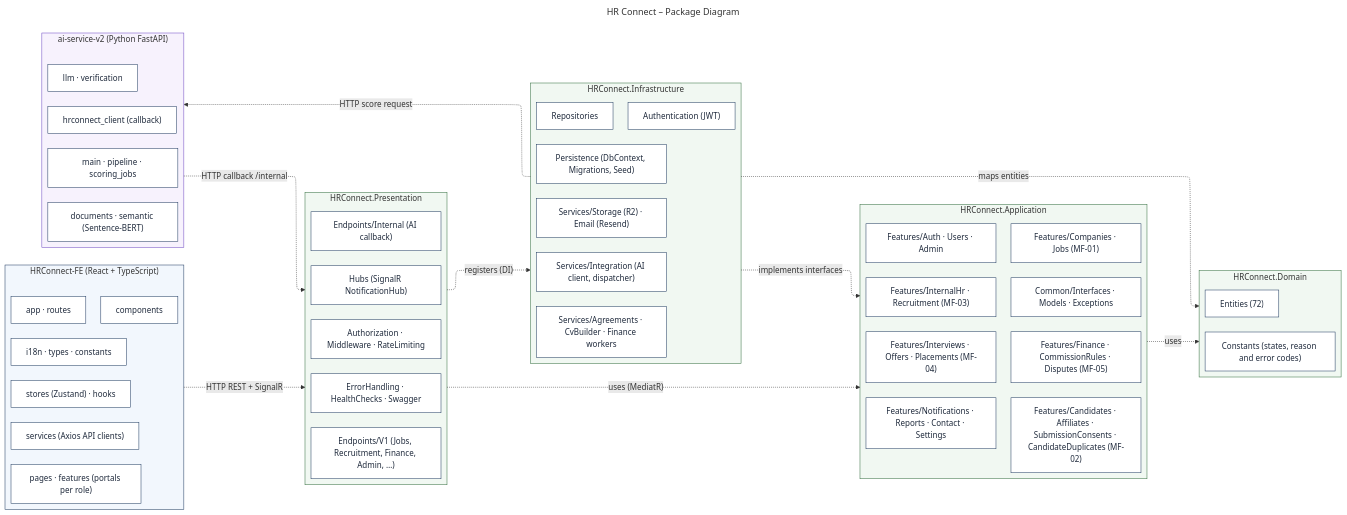
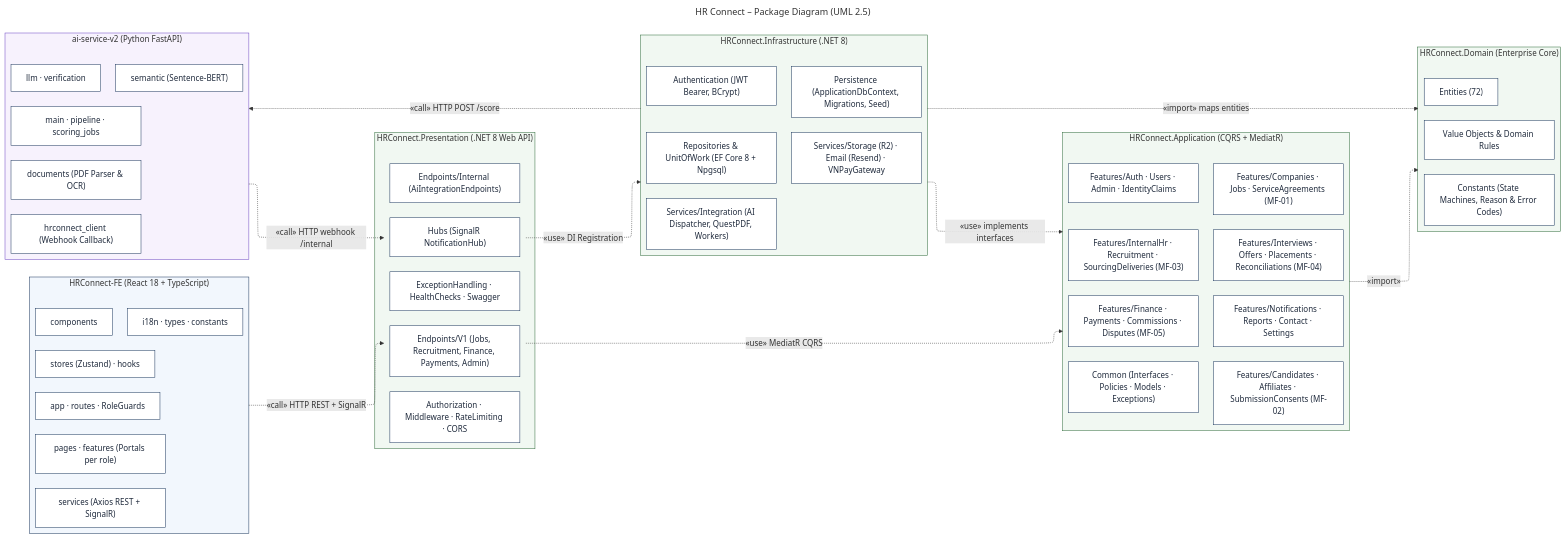
The diagram in docs/diagrams/architecture/source/pkg-hr-connect.mmd (hoangqui794/hr-connect), drawn with Mermaid before and after one commit. The commit also changed 2 other files, not shown here.

Commit message:
docs(arch): align package diagram with UML 2.5 stereotypes and packages

```diff
--- a/docs/diagrams/architecture/source/pkg-hr-connect.mmd
+++ b/docs/diagrams/architecture/source/pkg-hr-connect.mmd
@@ -1,70 +1,71 @@
 ---
-title: HR Connect – Package Diagram
+title: HR Connect – Package Diagram (UML 2.5)
 config:
   layout: elk
 ---
 flowchart LR
-  subgraph FE["HRConnect-FE (React + TypeScript)"]
+  subgraph FE["HRConnect-FE (React 18 + TypeScript)"]
     direction TB
-    FE0["app · routes"]
-    FE1["pages · features (portals per role)"]
+    FE0["app · routes · RoleGuards"]
+    FE1["pages · features (Portals per role)"]
     FE2["components"]
-    FE3["services (Axios API clients)"]
+    FE3["services (Axios REST + SignalR)"]
     FE4["stores (Zustand) · hooks"]
     FE5["i18n · types · constants"]
   end
-  subgraph PRES["HRConnect.Presentation"]
+  subgraph PRES["HRConnect.Presentation (.NET 8 Web API)"]
     direction TB
-    PRES0["Endpoints/V1 (Jobs, Recruitment, Finance, Admin, …)"]
-    PRES1["Endpoints/Internal (AI callback)"]
+    PRES0["Endpoints/V1 (Jobs, Recruitment, Finance, Payments, Admin)"]
+    PRES1["Endpoints/Internal (AiIntegrationEndpoints)"]
     PRES2["Hubs (SignalR NotificationHub)"]
-    PRES3["Authorization · Middleware · RateLimiting"]
-    PRES4["ErrorHandling · HealthChecks · Swagger"]
+    PRES3["Authorization · Middleware · RateLimiting · CORS"]
+    PRES4["ExceptionHandling · HealthChecks · Swagger"]
   end
-  subgraph APP["HRConnect.Application"]
+  subgraph APP["HRConnect.Application (CQRS + MediatR)"]
     direction TB
-    APP0["Features/Auth · Users · Admin"]
-    APP1["Features/Companies · Jobs (MF-01)"]
-    APP2["Features/Candidates · Affiliates · SubmissionConsents · CandidateDuplicates (MF-02)"]
-    APP3["Features/InternalHr · Recruitment (MF-03)"]
-    APP4["Features/Interviews · Offers · Placements (MF-04)"]
-    APP5["Features/Finance · CommissionRules · Disputes (MF-05)"]
+    APP0["Features/Auth · Users · Admin · IdentityClaims"]
+    APP1["Features/Companies · Jobs · ServiceAgreements (MF-01)"]
+    APP2["Features/Candidates · Affiliates · SubmissionConsents (MF-02)"]
+    APP3["Features/InternalHr · Recruitment · SourcingDeliveries (MF-03)"]
+    APP4["Features/Interviews · Offers · Placements · Reconciliations (MF-04)"]
+    APP5["Features/Finance · Payments · Commissions · Disputes (MF-05)"]
     APP6["Features/Notifications · Reports · Contact · Settings"]
-    APP7["Common/Interfaces · Models · Exceptions"]
+    APP7["Common (Interfaces · Policies · Models · Exceptions)"]
   end
-  subgraph DOM["HRConnect.Domain"]
+  subgraph DOM["HRConnect.Domain (Enterprise Core)"]
     direction TB
     DOM0["Entities (72)"]
-    DOM1["Constants (states, reason and error codes)"]
+    DOM1["Constants (State Machines, Reason & Error Codes)"]
+    DOM2["Value Objects & Domain Rules"]
   end
-  subgraph INF["HRConnect.Infrastructure"]
+  subgraph INF["HRConnect.Infrastructure (.NET 8)"]
     direction TB
-    INF0["Persistence (DbContext, Migrations, Seed)"]
-    INF1["Repositories"]
-    INF2["Authentication (JWT)"]
-    INF3["Services/Storage (R2) · Email (Resend)"]
-    INF4["Services/Integration (AI client, dispatcher)"]
-    INF5["Services/Agreements · CvBuilder · Finance workers"]
+    INF0["Persistence (ApplicationDbContext, Migrations, Seed)"]
+    INF1["Repositories & UnitOfWork (EF Core 8 + Npgsql)"]
+    INF2["Authentication (JWT Bearer, BCrypt)"]
+    INF3["Services/Storage (R2) · Email (Resend) · VNPayGateway"]
+    INF4["Services/Integration (AI Dispatcher, QuestPDF, Workers)"]
   end
   subgraph AI["ai-service-v2 (Python FastAPI)"]
     direction TB
     AI0["main · pipeline · scoring_jobs"]
-    AI1["documents · semantic (Sentence-BERT)"]
-    AI2["llm · verification"]
-    AI3["hrconnect_client (callback)"]
+    AI1["documents (PDF Parser & OCR)"]
+    AI2["semantic (Sentence-BERT)"]
+    AI3["llm · verification"]
+    AI4["hrconnect_client (Webhook Callback)"]
   end
-  FE -.->|"HTTP REST + SignalR"| PRES
-  PRES -.->|"uses (MediatR)"| APP
-  PRES -.->|"registers (DI)"| INF
-  APP -.->|"uses"| DOM
-  INF -.->|"implements interfaces"| APP
-  INF -.->|"maps entities"| DOM
-  INF -.->|"HTTP score request"| AI
-  AI -.->|"HTTP callback /internal"| PRES
+  FE -.->|"«call» HTTP REST + SignalR"| PRES
+  PRES -.->|"«use» MediatR CQRS"| APP
+  PRES -.->|"«use» DI Registration"| INF
+  APP -.->|"«import»"| DOM
+  INF -.->|"«use» implements interfaces"| APP
+  INF -.->|"«import» maps entities"| DOM
+  INF -.->|"«call» HTTP POST /score"| AI
+  AI -.->|"«call» HTTP webhook /internal"| PRES
   classDef default fill:#FFFFFF,stroke:#1B365D,color:#1F2A3C
   style FE fill:#F2F7FD,stroke:#1B365D
   style PRES fill:#F1F8F2,stroke:#2F6B3A
   style APP fill:#F1F8F2,stroke:#2F6B3A
   style DOM fill:#F1F8F2,stroke:#2F6B3A
   style INF fill:#F1F8F2,stroke:#2F6B3A
   style AI fill:#F7F2FD,stroke:#6B46C1
```
